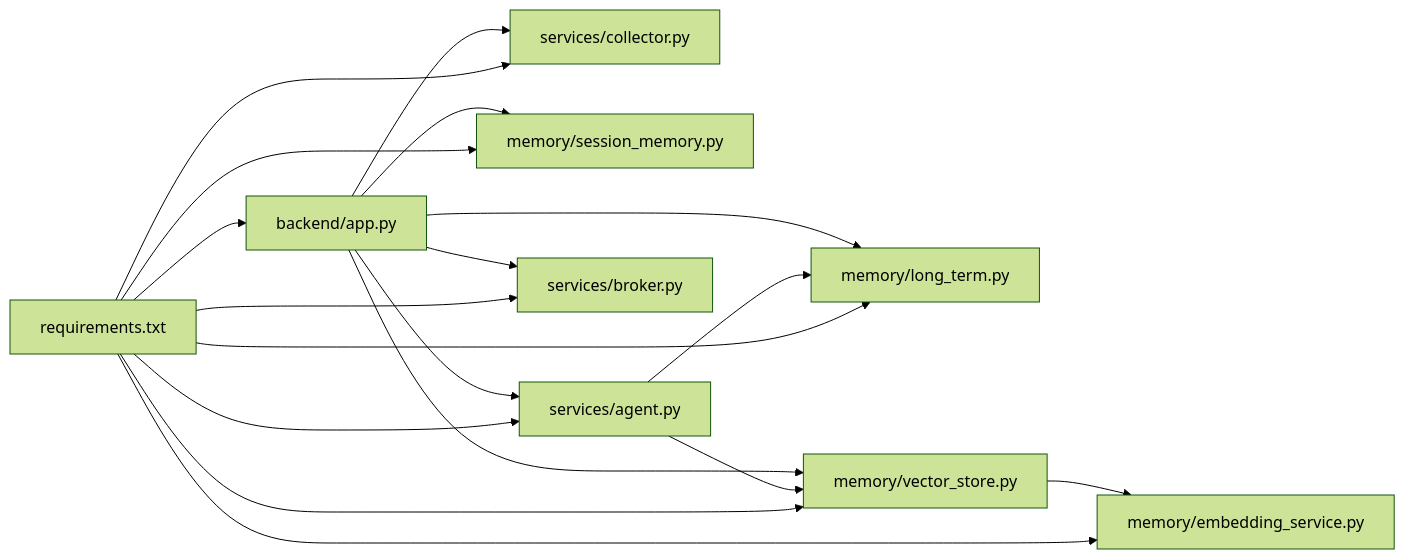
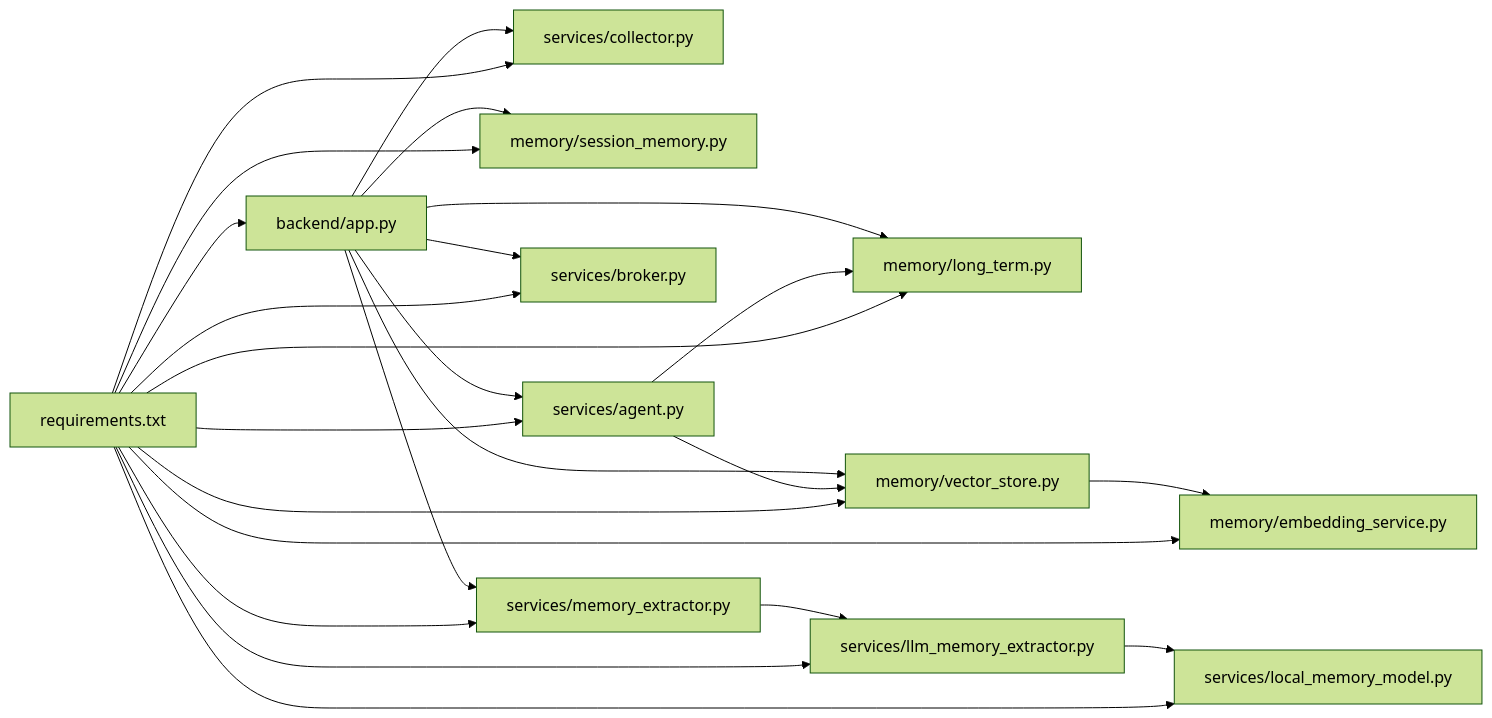
One commit to Moon-Force/DouYin_llm changed the eighth of 8 diagrams in .qoder/repowiki/zh/content/后端服务/后端服务.md. Above: the diagram before and after it, drawn with Mermaid (forest theme). The commit also changed other lines of this file and 35 other files, not shown here.

````diff
--- a/.qoder/repowiki/zh/content/后端服务/后端服务.md
+++ b/.qoder/repowiki/zh/content/后端服务/后端服务.md
@@ -396,20 +465,26 @@
 ```mermaid
 graph LR
 APP["backend/app.py"] --> COL["services/collector.py"]
 APP --> SM["memory/session_memory.py"]
 APP --> LTS["memory/long_term.py"]
 APP --> VEC["memory/vector_store.py"]
 APP --> AGN["services/agent.py"]
 APP --> BRO["services/broker.py"]
+APP --> MEX["services/memory_extractor.py"]
+MEX --> LMX["services/llm_memory_extractor.py"]
+LMX --> LMM["services/local_memory_model.py"]
 AGN --> VEC
 AGN --> LTS
 VEC --> EMB["memory/embedding_service.py"]
 REQ["requirements.txt"] --> APP
 REQ --> COL
 REQ --> SM
 REQ --> LTS
 REQ --> VEC
 REQ --> AGN
 REQ --> BRO
+REQ --> MEX
+REQ --> LMX
+REQ --> LMM
 REQ --> EMB
 ```
````
